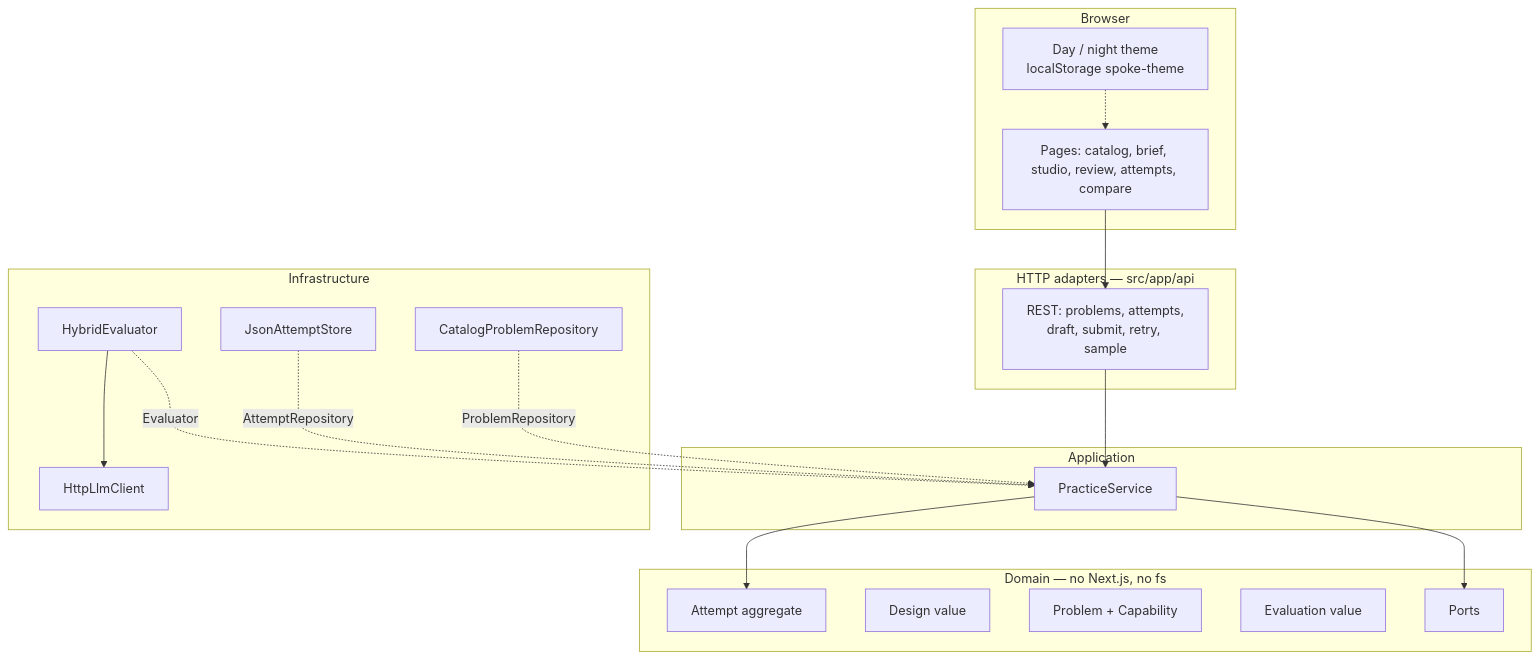
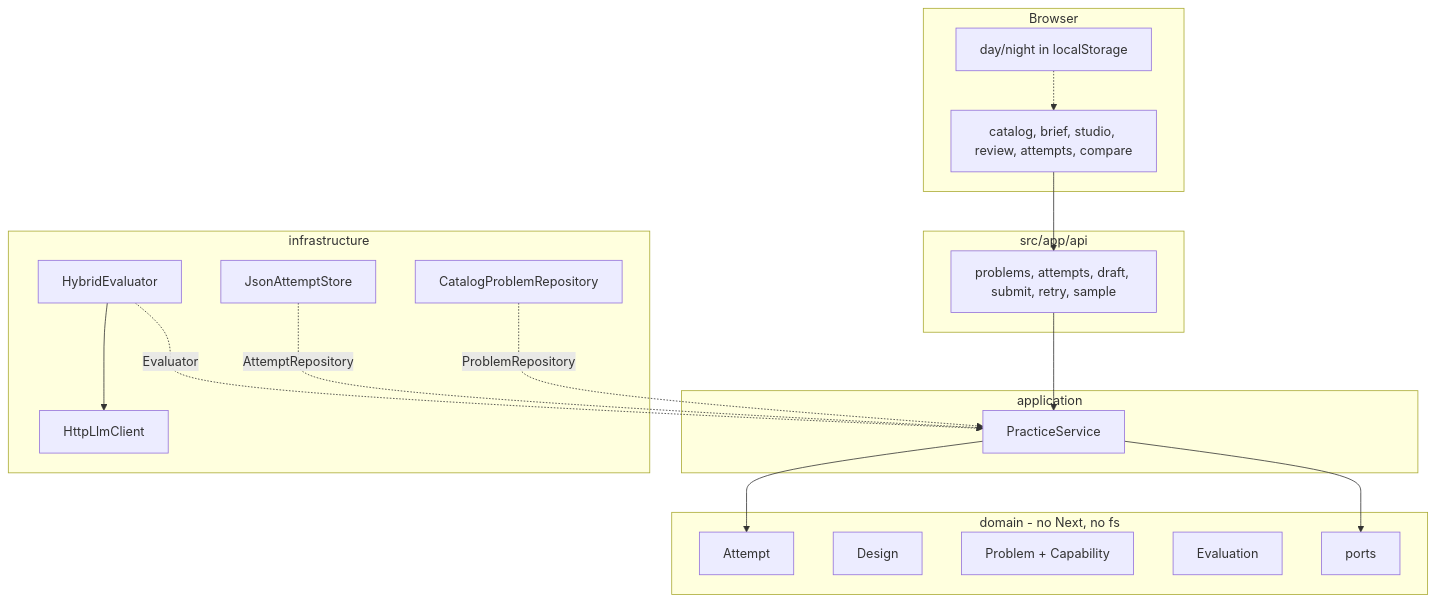
The second of 5 diagrams in README.md (shubhangini67/spoke-lld-practice), drawn with Mermaid before and after one commit. The commit also changed other lines of this file and 7 other files, not shown here.

````diff
--- a/README.md
+++ b/README.md
@@ -94,40 +77,40 @@
 ```mermaid
 flowchart TB
   subgraph Client["Browser"]
-    UI["Pages: catalog, brief, studio, review, attempts, compare"]
-    Theme["Day / night theme<br/>localStorage spoke-theme"]
+    UI["catalog, brief, studio, review, attempts, compare"]
+    Theme["day/night in localStorage"]
   end
 
-  subgraph Adapters["HTTP adapters — src/app/api"]
-    API["REST: problems, attempts,<br/>draft, submit, retry, sample"]
+  subgraph Adapters["src/app/api"]
+    API["problems, attempts, draft, submit, retry, sample"]
   end
 
-  subgraph App["Application"]
+  subgraph App["application"]
     PS["PracticeService"]
   end
 
-  subgraph Domain["Domain — no Next.js, no fs"]
-    Attempt["Attempt aggregate"]
-    Design["Design value"]
+  subgraph Domain["domain - no Next, no fs"]
+    Attempt["Attempt"]
+    Design["Design"]
     Problem["Problem + Capability"]
-    EvalVO["Evaluation value"]
-    Ports["Ports"]
+    EvalVO["Evaluation"]
+    Ports["ports"]
   end
 
-  subgraph Infra["Infrastructure"]
+  subgraph Infra["infrastructure"]
     Catalog["CatalogProblemRepository"]
     Store["JsonAttemptStore"]
     Hybrid["HybridEvaluator"]
     LLM["HttpLlmClient"]
   end
 
   UI --> API
   Theme -.-> UI
   API --> PS
   PS --> Attempt
   PS --> Ports
   Catalog -. ProblemRepository .-> PS
   Store -. AttemptRepository .-> PS
   Hybrid -. Evaluator .-> PS
   Hybrid --> LLM
 ```
````
